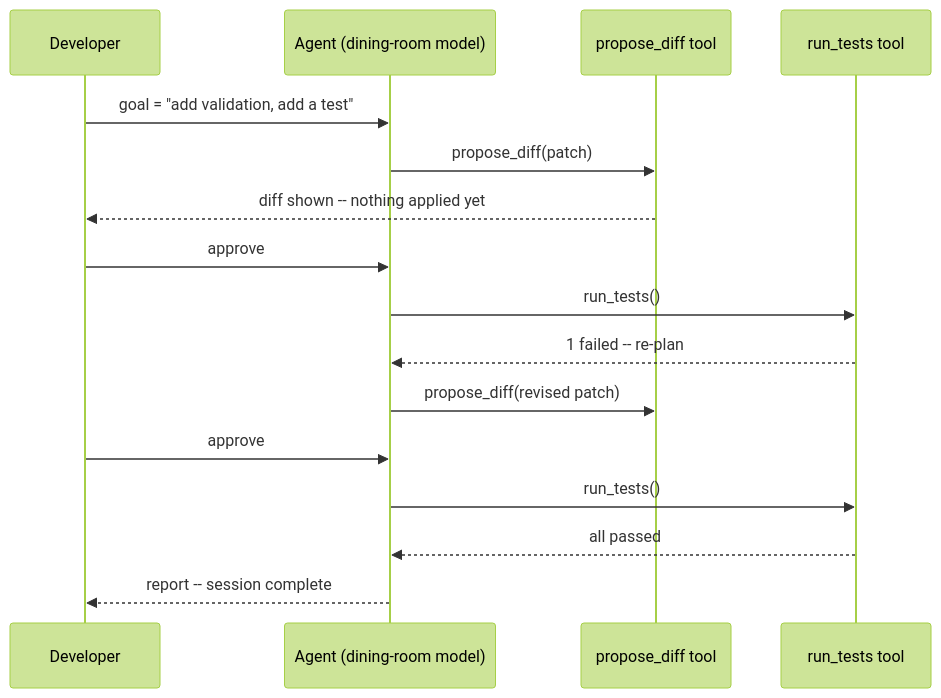
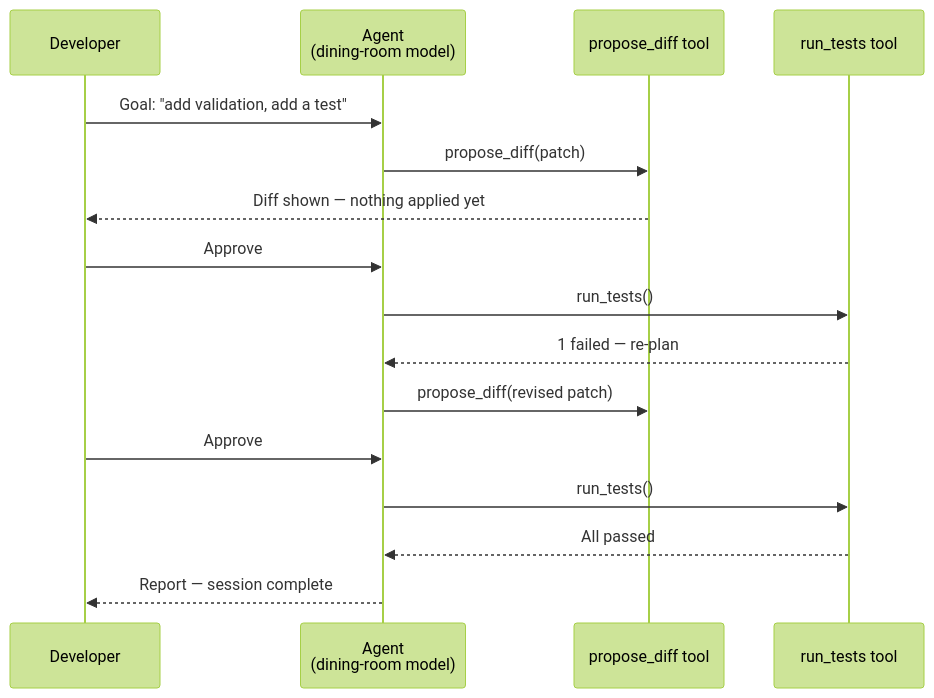
The eighth of 13 diagrams in system-design/HLD/0-course/45-Design-an-AI-Code-Assistant-FAANG-Guide-story.md (riyaz-pasha/Learnings), drawn with Mermaid (forest theme) before and after one commit. The commit also changed other lines of this file and 1 other file, not shown here.

Commit message:
[REWRITE] AI Code Assistant story guide: simplify prose, add structure, fix diagrams

````diff
--- a/system-design/HLD/0-course/45-Design-an-AI-Code-Assistant-FAANG-Guide-story.md
+++ b/system-design/HLD/0-course/45-Design-an-AI-Code-Assistant-FAANG-Guide-story.md
@@ -332,18 +508,19 @@
 ```mermaid
 sequenceDiagram
     participant Dev as Developer
-    participant Agent as Agent (dining-room model)
+    participant Agent as Agent<br/>(dining-room model)
     participant Diff as propose_diff tool
     participant Test as run_tests tool
-    Dev->>Agent: goal = "add validation, add a test"
+
+    Dev->>Agent: Goal: "add validation, add a test"
     Agent->>Diff: propose_diff(patch)
-    Diff-->>Dev: diff shown -- nothing applied yet
-    Dev->>Agent: approve
+    Diff-->>Dev: Diff shown — nothing applied yet
+    Dev->>Agent: Approve
     Agent->>Test: run_tests()
-    Test-->>Agent: 1 failed -- re-plan
+    Test-->>Agent: 1 failed — re-plan
     Agent->>Diff: propose_diff(revised patch)
-    Dev->>Agent: approve
+    Dev->>Agent: Approve
     Agent->>Test: run_tests()
-    Test-->>Agent: all passed
-    Agent-->>Dev: report -- session complete
+    Test-->>Agent: All passed
+    Agent-->>Dev: Report — session complete
 ```
````
